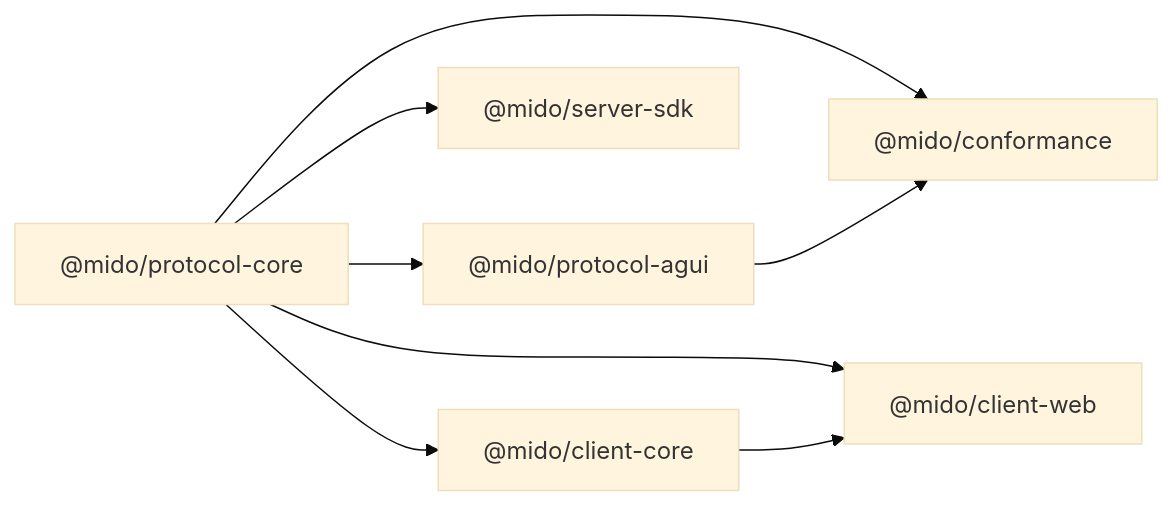
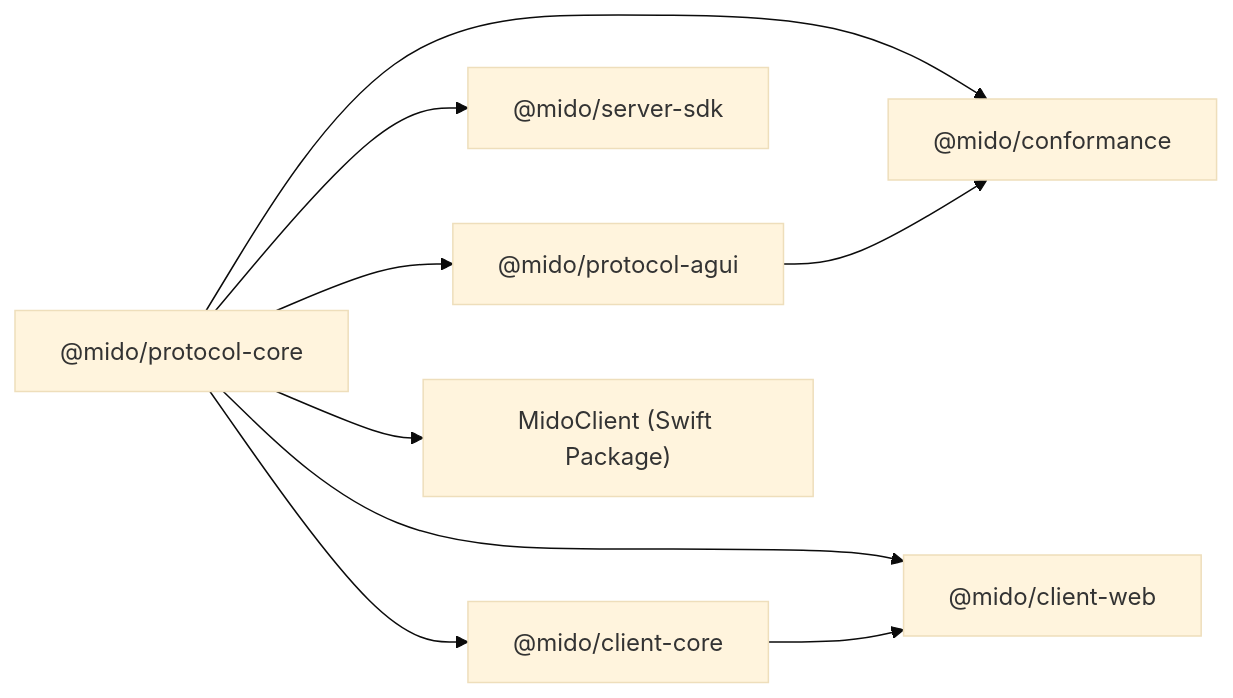
One commit to kingiol/Mido changed the diagram in docs/architecture.md. Above: the diagram before and after it, drawn with Mermaid (base theme). The commit also changed other lines of this file and 13 other files, not shown here.

First line of the commit message:
feat: Implement SSETransport for streaming events and add schema validation

````diff
--- a/docs/architecture.md
+++ b/docs/architecture.md
@@ -20,10 +20,11 @@
 ```mermaid
 flowchart LR
   A["@mido/protocol-core"] --> B["@mido/protocol-agui"]
   A --> C["@mido/server-sdk"]
   A --> D["@mido/client-core"]
   A --> E["@mido/client-web"]
+  A --> G["MidoClient (Swift Package)"]
   A --> F["@mido/conformance"]
   B --> F
   D --> E
 ```
````
